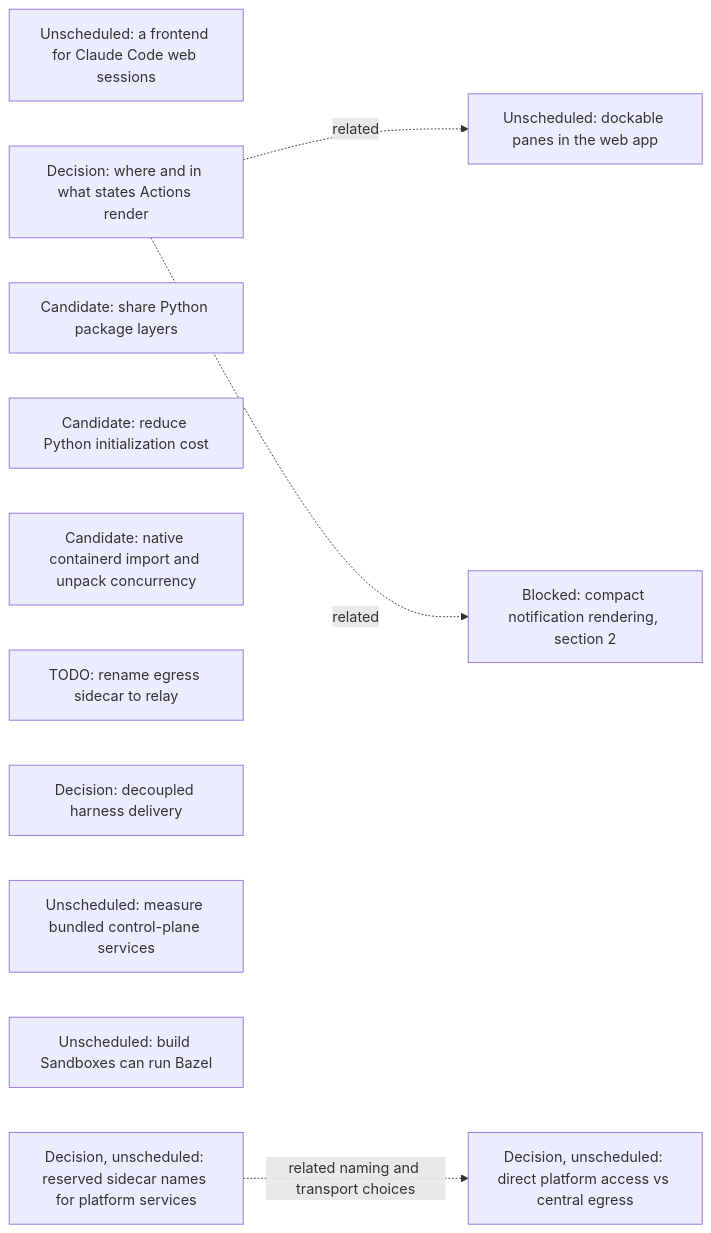
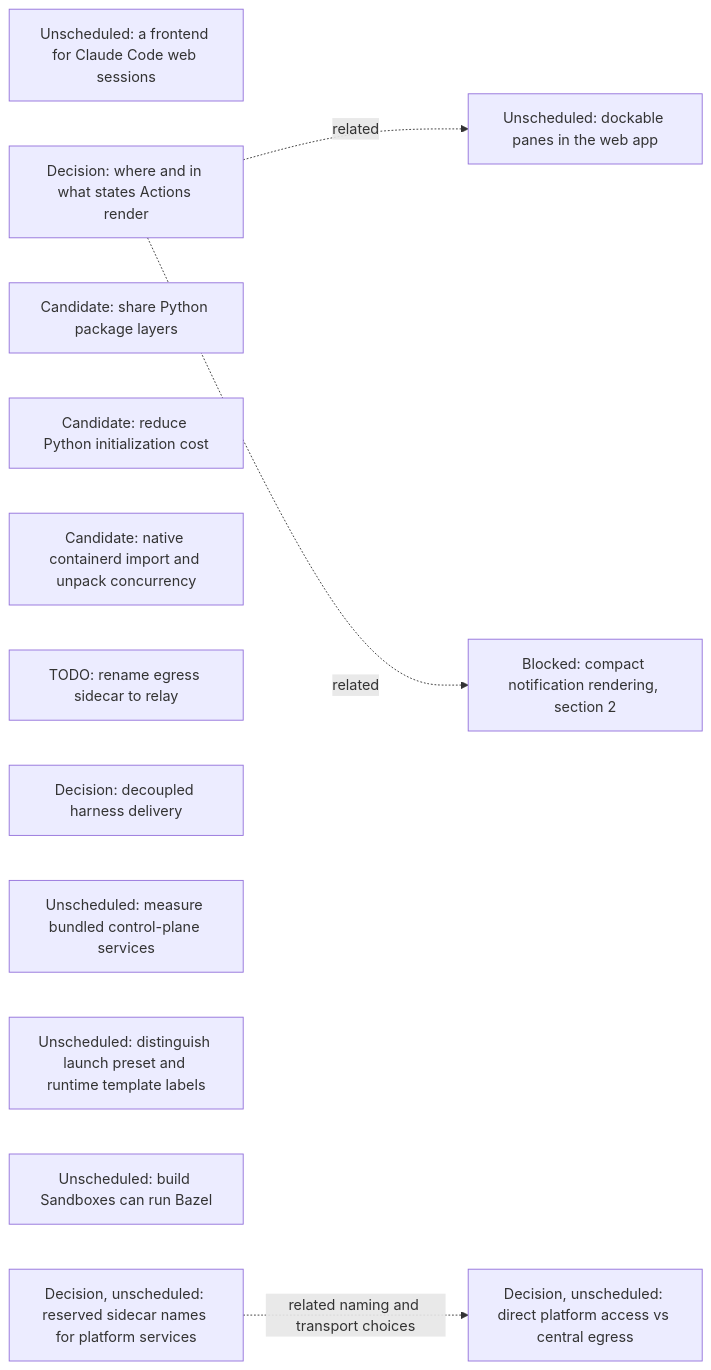
One commit to agentydragon-agent/ducktape changed the seventh of 16 diagrams in agentplane/plans/task_dag.md. Above: the diagram before and after it, drawn with Mermaid. The commit also changed other lines of this file and 6 other files, not shown here.

````diff
--- a/agentplane/plans/task_dag.md
+++ b/agentplane/plans/task_dag.md
@@ -794,19 +794,20 @@
 ```mermaid
 flowchart LR
     CLAUDE_CODE_WEB_BRIDGE[Unscheduled: a frontend for Claude Code web sessions]
     ACTION_SURFACES_DESIGN[Decision: where and in what states Actions render]
     K3S_SHARED_PACKAGE_LAYERS[Candidate: share Python package layers]
     K3S_PYTHON_INITIALIZATION[Candidate: reduce Python initialization cost]
     K3S_IMPORT_CONCURRENCY[Candidate: native containerd import and unpack concurrency]
     EGRESS_RELAY_RENAME[TODO: rename egress sidecar to relay]
     RUNNER_HARNESS_DELIVERY_DESIGN[Decision: decoupled harness delivery]
     K3S_BUNDLED_SERVICES_SPIKE[Unscheduled: measure bundled control-plane services]
     DOCKABLE_PANES[Unscheduled: dockable panes in the web app]
     ACTION_SURFACES_DESIGN -. related .-> DOCKABLE_PANES
     NOTIFICATION_PRESENTATION[Blocked: compact notification rendering, section 2]
     ACTION_SURFACES_DESIGN -. related .-> NOTIFICATION_PRESENTATION
+    SANDBOX_FORM_TERMINOLOGY[Unscheduled: distinguish launch preset and runtime template labels]
     BUILD_BOX_BAZEL[Unscheduled: build Sandboxes can run Bazel]
     PLATFORM_SERVICE_NAMES_DESIGN[Decision, unscheduled: reserved sidecar names for platform services]
     PLATFORM_SERVICE_ROUTING_DESIGN[Decision, unscheduled: direct platform access vs central egress]
     PLATFORM_SERVICE_NAMES_DESIGN -. related naming and transport choices .-> PLATFORM_SERVICE_ROUTING_DESIGN
 ```
````
